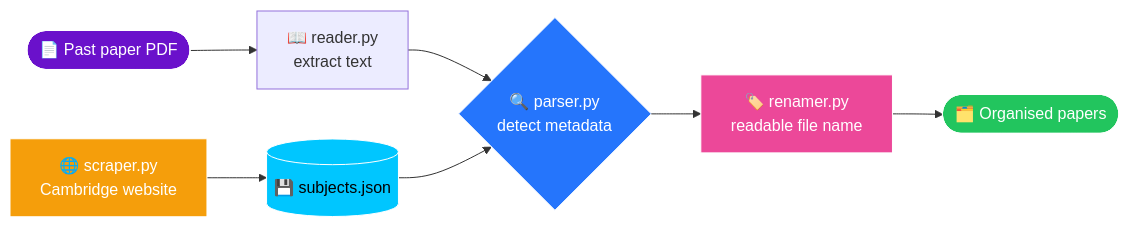
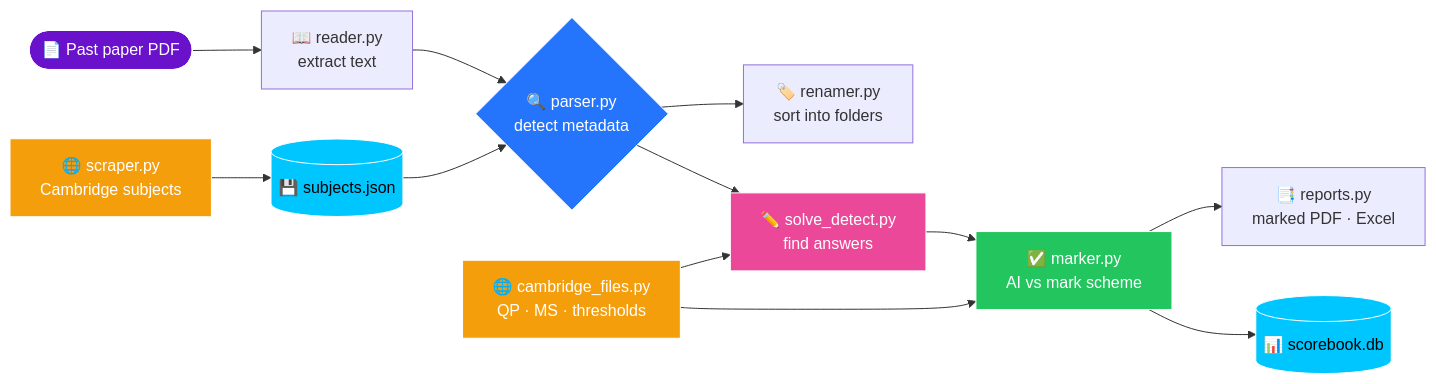
Before and after one commit to Sigmaboois/exam-organizer-v3: the diagram in README.md, drawn with Mermaid. The commit also changed other lines of this file, not shown here.

````diff
--- a/README.md
+++ b/README.md
@@ -120,16 +121,23 @@
 ```mermaid
 flowchart LR
     A([📄 Past paper PDF]) --> B[📖 reader.py<br/>extract text]
     B --> C{🔍 parser.py<br/>detect metadata}
-    S[🌐 scraper.py<br/>Cambridge website] --> J[(💾 subjects.json)]
+    S[🌐 scraper.py<br/>Cambridge subjects] --> J[(💾 subjects.json)]
     J --> C
-    C --> D[🏷️ renamer.py<br/>readable file name]
-    D --> E([🗂️ Organised papers])
+    C --> D[🏷️ renamer.py<br/>sort into folders]
+    C --> E[✏️ solve_detect.py<br/>find answers]
+    E --> F[✅ marker.py<br/>AI vs mark scheme]
+    O[🌐 cambridge_files.py<br/>QP · MS · thresholds] --> E
+    O --> F
+    F --> G[📑 reports.py<br/>marked PDF · Excel]
+    F --> H[(📊 scorebook.db)]
 
     style A fill:#6a11cb,stroke:#fff,color:#fff
     style C fill:#2575fc,stroke:#fff,color:#fff
     style J fill:#00c6ff,stroke:#fff,color:#000
+    style H fill:#00c6ff,stroke:#fff,color:#000
     style S fill:#f59e0b,stroke:#fff,color:#fff
-    style D fill:#ec4899,stroke:#fff,color:#fff
-    style E fill:#22c55e,stroke:#fff,color:#fff
+    style O fill:#f59e0b,stroke:#fff,color:#fff
+    style E fill:#ec4899,stroke:#fff,color:#fff
+    style F fill:#22c55e,stroke:#fff,color:#fff
 ```
````
